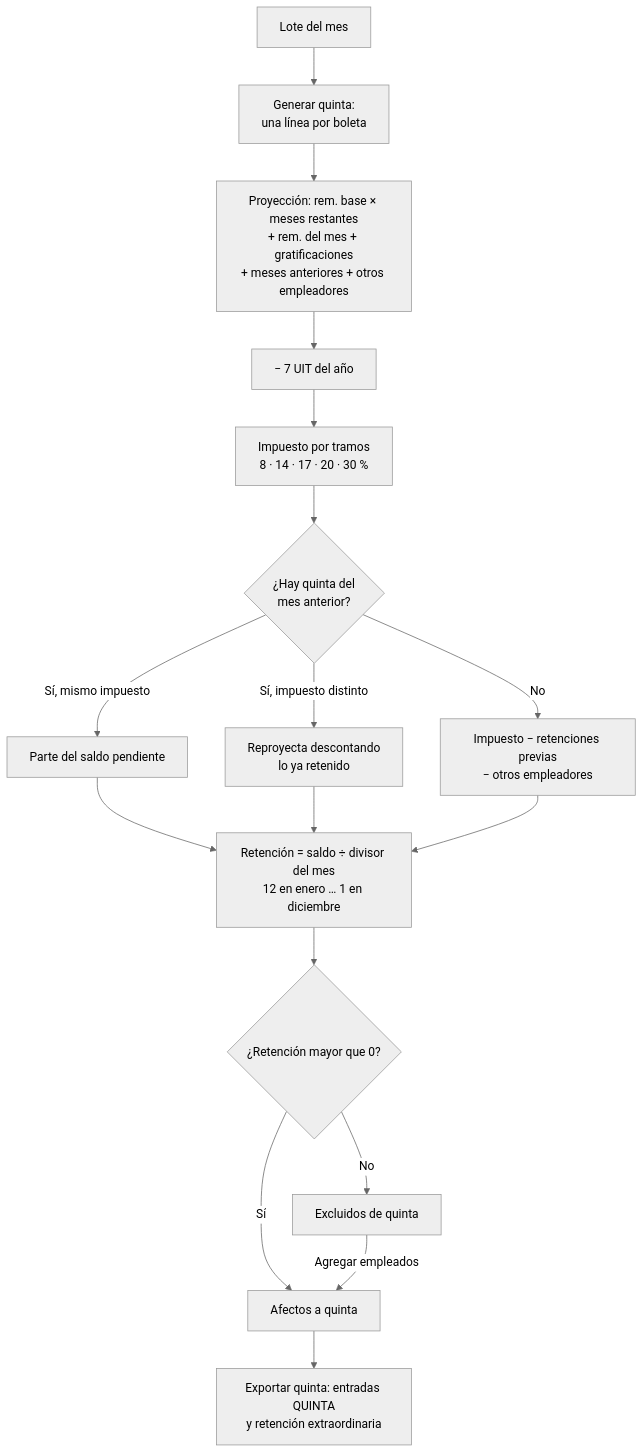
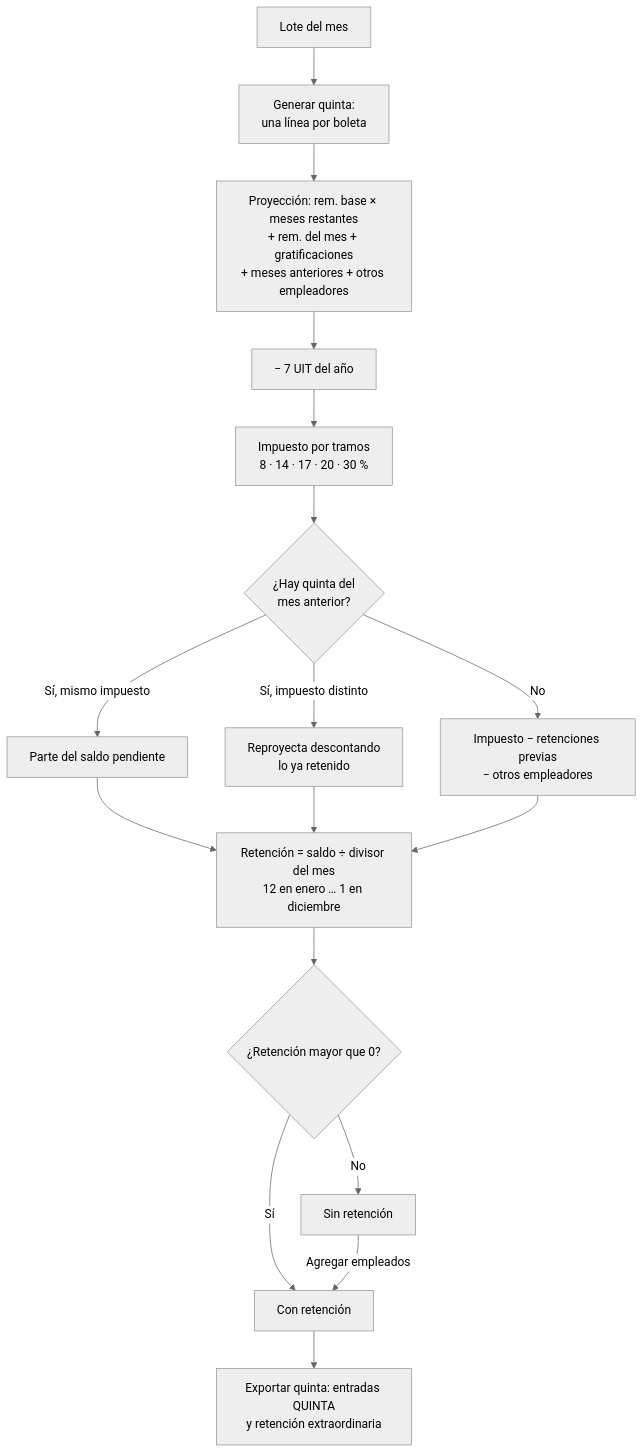
The diagram in OL-PAYROLL/al_hr_pe_benefits/static/description/diagramas/quinta.mmd (olanoit/ol_new_apps), drawn with Mermaid (neutral theme) before and after one commit. The commit also changed 165 other files, not shown here.

```diff
--- a/OL-PAYROLL/al_hr_pe_benefits/static/description/diagramas/quinta.mmd
+++ b/OL-PAYROLL/al_hr_pe_benefits/static/description/diagramas/quinta.mmd
@@ -1,17 +1,17 @@
 flowchart TD
   A[Lote del mes] --> B[Generar quinta:<br/>una línea por boleta]
   B --> C[Proyección: rem. base × meses restantes<br/>+ rem. del mes + gratificaciones<br/>+ meses anteriores + otros empleadores]
   C --> D[− 7 UIT del año]
   D --> E[Impuesto por tramos<br/>8 · 14 · 17 · 20 · 30 %]
   E --> F{¿Hay quinta del<br/>mes anterior?}
   F -- Sí, mismo impuesto --> G[Parte del saldo pendiente]
   F -- Sí, impuesto distinto --> H[Reproyecta descontando<br/>lo ya retenido]
   F -- No --> I[Impuesto − retenciones previas<br/>− otros empleadores]
   G --> J[Retención = saldo ÷ divisor del mes<br/>12 en enero … 1 en diciembre]
   H --> J
   I --> J
   J --> K{¿Retención mayor que 0?}
-  K -- No --> L[Excluidos de quinta]
-  K -- Sí --> M[Afectos a quinta]
+  K -- No --> L[Sin retención]
+  K -- Sí --> M[Con retención]
   L -- Agregar empleados --> M
   M --> N[Exportar quinta: entradas QUINTA<br/>y retención extraordinaria]
```
